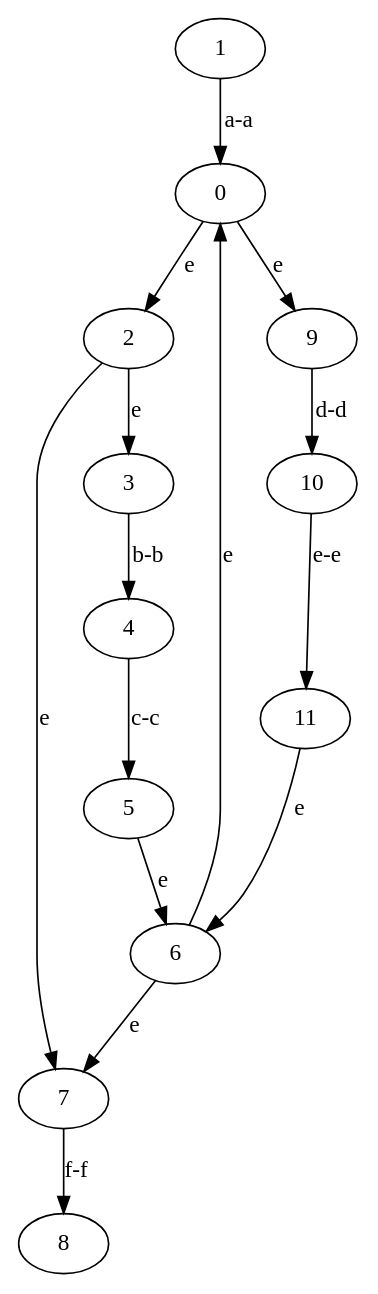
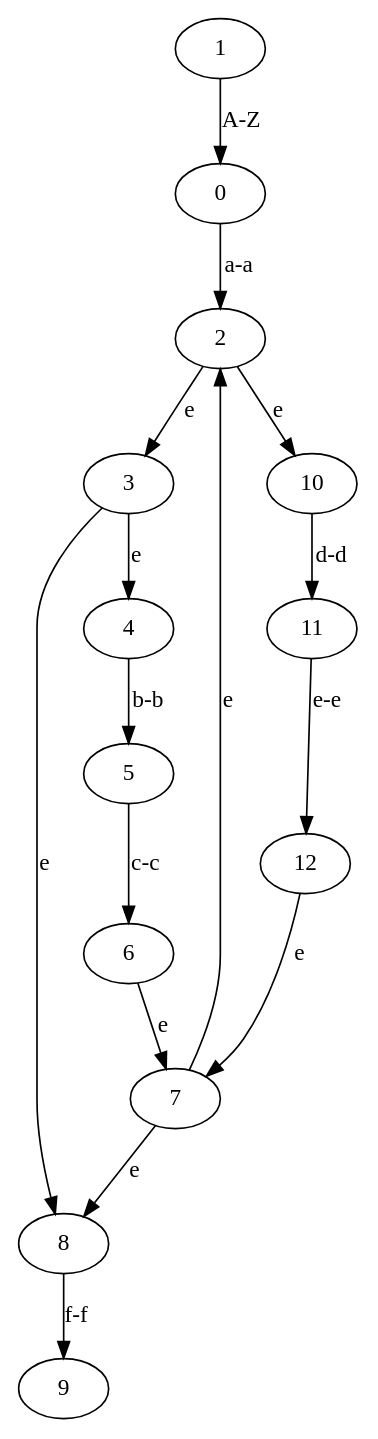
Before and after one commit to h2337/clex: the diagram in README.md, drawn with Graphviz. The commit also changed other lines of this file and 1 other file, not shown here.

Commit message:
Update automata example

````diff
--- a/README.md
+++ b/README.md
@@ -150,18 +150,19 @@
 ```dot
 digraph G {
-  1 -> 0 [label="a-a"];
-  0 -> 2 [label="e"];
+  1 -> 0 [label="A-Z"];
+  0 -> 2 [label="a-a"];
   2 -> 3 [label="e"];
-  3 -> 4 [label="b-b"];
-  4 -> 5 [label="c-c"];
-  5 -> 6 [label="e"];
+  3 -> 4 [label="e"];
+  4 -> 5 [label="b-b"];
+  5 -> 6 [label="c-c"];
   6 -> 7 [label="e"];
-  7 -> 8 [label="f-f"];
-  6 -> 0 [label="e"];
-  0 -> 9 [label="e"];
-  9 -> 10 [label="d-d"];
-  10 -> 11 [label="e-e"];
-  11 -> 6 [label="e"];
-  2 -> 7 [label="e"];
+  7 -> 8 [label="e"];
+  8 -> 9 [label="f-f"];
+  7 -> 2 [label="e"];
+  2 -> 10 [label="e"];
+  10 -> 11 [label="d-d"];
+  11 -> 12 [label="e-e"];
+  12 -> 7 [label="e"];
+  3 -> 8 [label="e"];
 }
 ```
````
